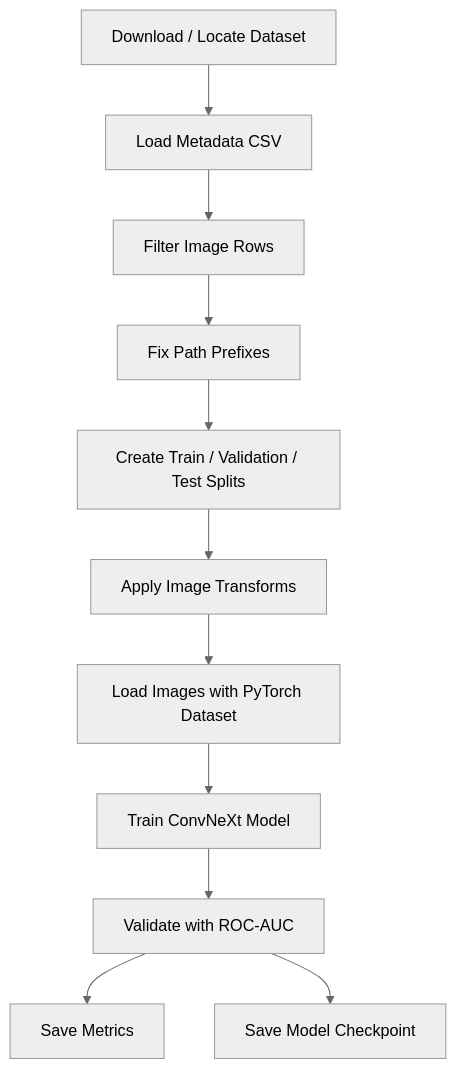
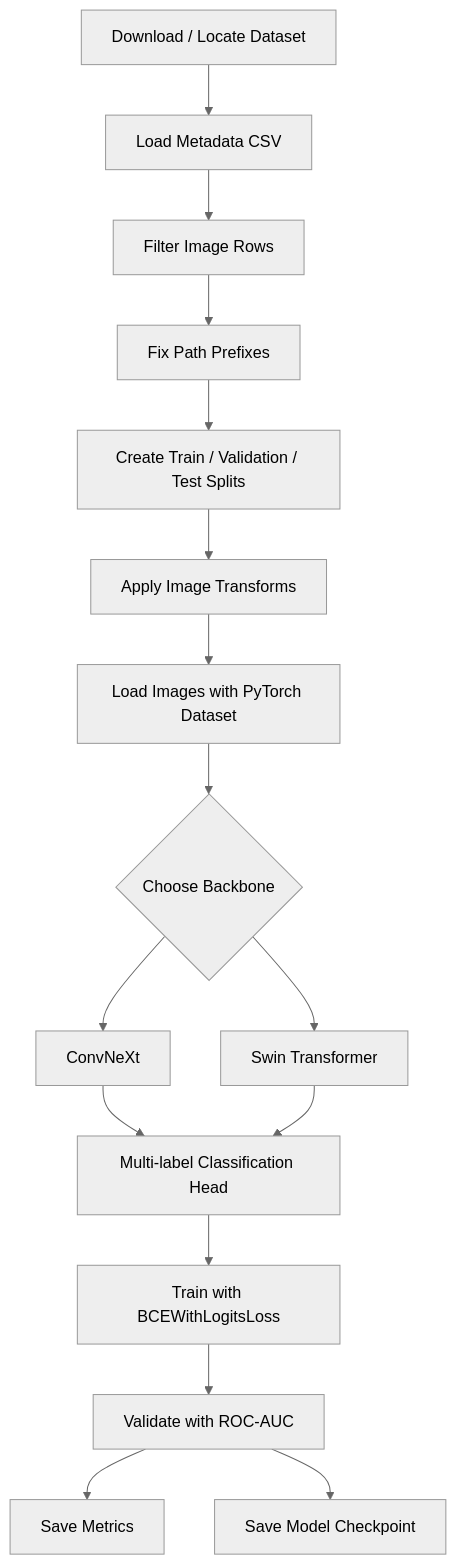
The second of 5 diagrams in README.md (prasannanjaneyreddychalla/deep_learning), drawn with Mermaid (neutral theme) before and after one commit. The commit also changed other lines of this file and 1 other file, not shown here.

````diff
--- a/README.md
+++ b/README.md
@@ -188,13 +212,18 @@
 ```mermaid
 flowchart TD
     A[Download / Locate Dataset] --> B[Load Metadata CSV]
     B --> C[Filter Image Rows]
     C --> D[Fix Path Prefixes]
     D --> E[Create Train / Validation / Test Splits]
     E --> F[Apply Image Transforms]
     F --> G[Load Images with PyTorch Dataset]
-    G --> H[Train ConvNeXt Model]
-    H --> I[Validate with ROC-AUC]
-    I --> J[Save Metrics]
-    I --> K[Save Model Checkpoint]
+    G --> H{Choose Backbone}
+    H --> I[ConvNeXt]
+    H --> J[Swin Transformer]
+    I --> K[Multi-label Classification Head]
+    J --> K
+    K --> L[Train with BCEWithLogitsLoss]
+    L --> M[Validate with ROC-AUC]
+    M --> N[Save Metrics]
+    M --> O[Save Model Checkpoint]
 ```
````
